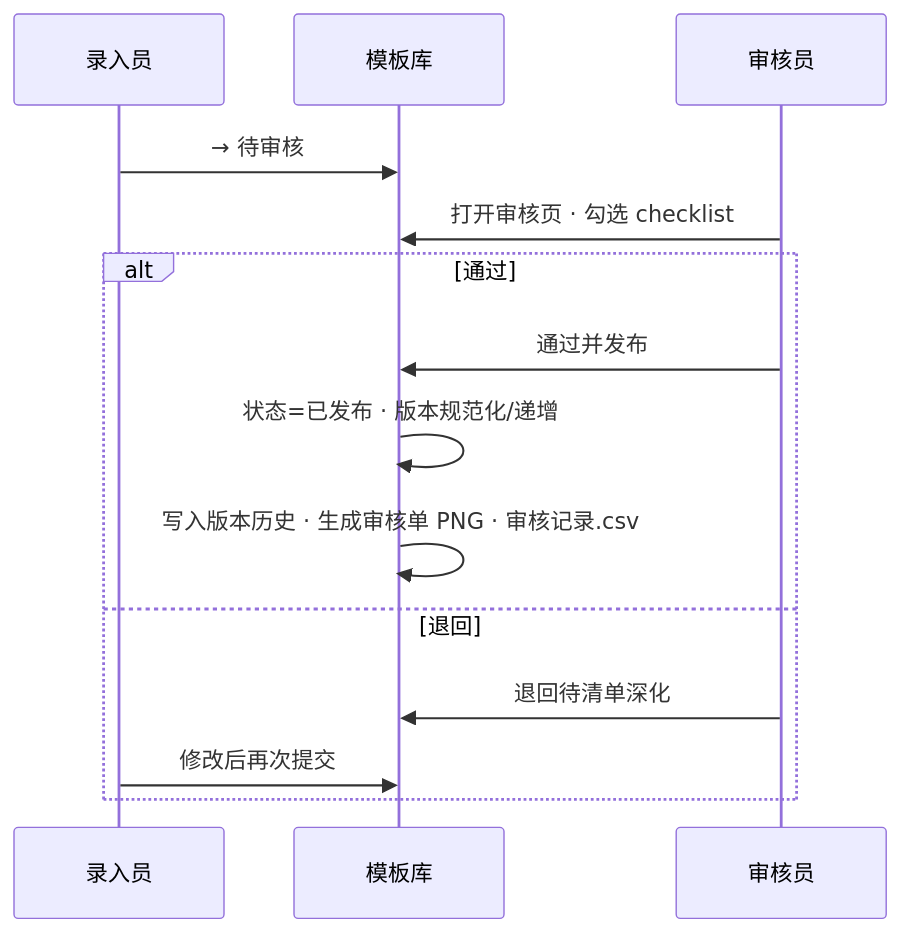
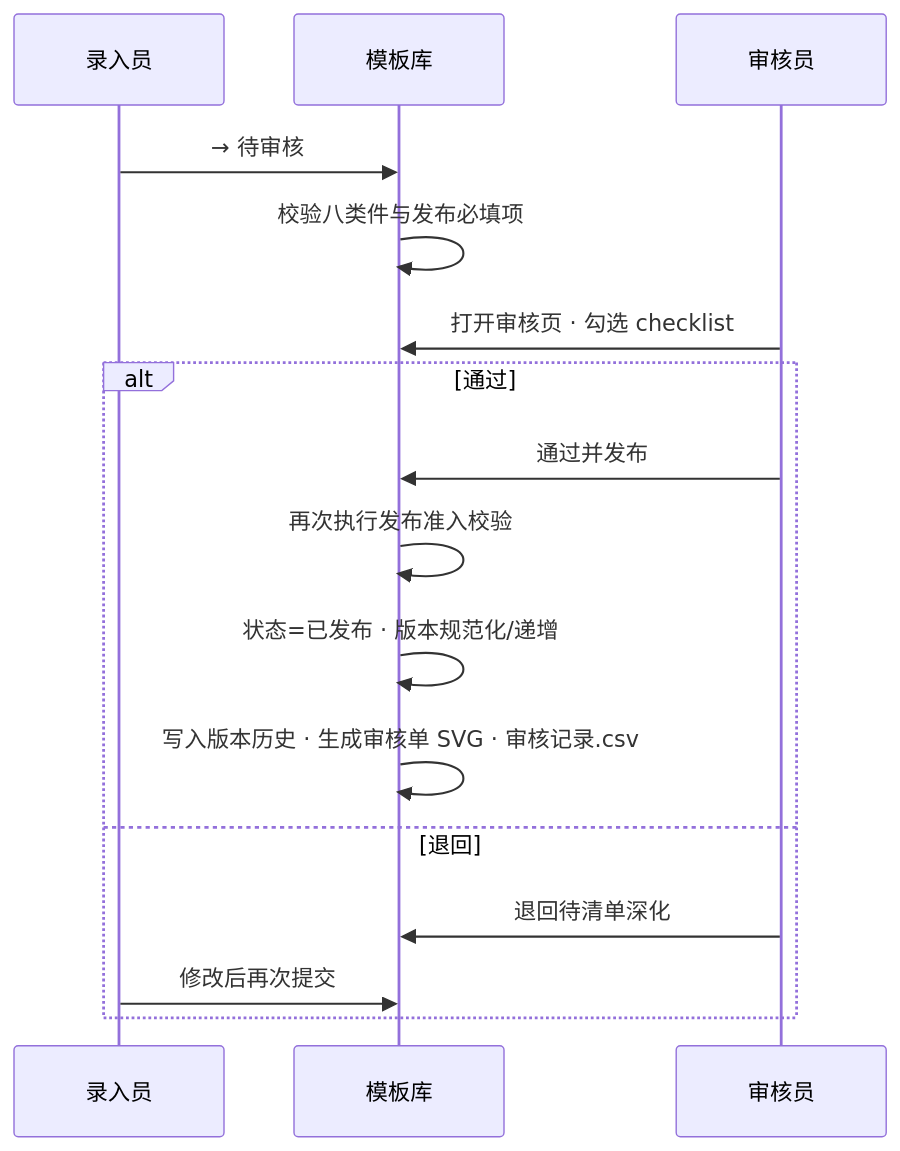
One commit to raintea223-art/Parti-MR2525 changed the eighth of 11 diagrams in docs/WORKFLOW.md. Above: the diagram before and after it, drawn with Mermaid. The commit also changed other lines of this file and 22 other files, not shown here.

````diff
--- a/docs/WORKFLOW.md
+++ b/docs/WORKFLOW.md
@@ -219,16 +225,18 @@
 ```mermaid
 sequenceDiagram
     participant 录入 as 录入员
     participant 系统 as 模板库
     participant 审核 as 审核员
     录入->>系统: → 待审核
+    系统->>系统: 校验八类件与发布必填项
     审核->>系统: 打开审核页 · 勾选 checklist
     alt 通过
         审核->>系统: 通过并发布
+        系统->>系统: 再次执行发布准入校验
         系统->>系统: 状态=已发布 · 版本规范化/递增
-        系统->>系统: 写入版本历史 · 生成审核单 PNG · 审核记录.csv
+        系统->>系统: 写入版本历史 · 生成审核单 SVG · 审核记录.csv
     else 退回
         审核->>系统: 退回待清单深化
         录入->>系统: 修改后再次提交
     end
 ```
````
